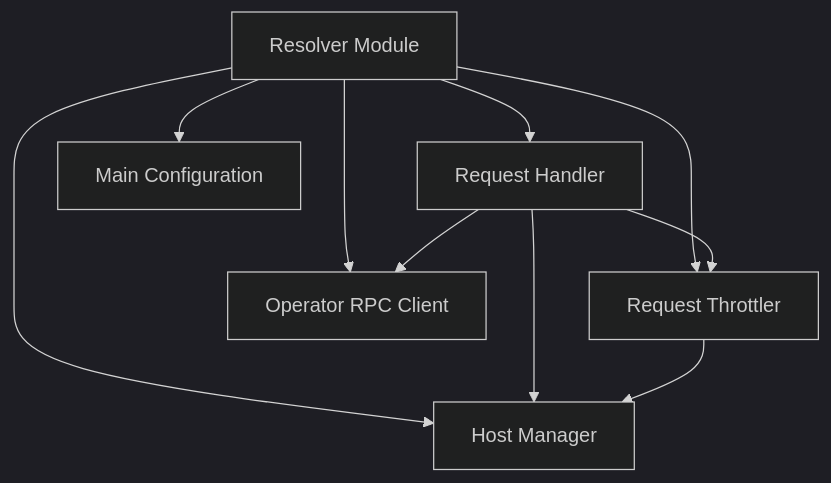
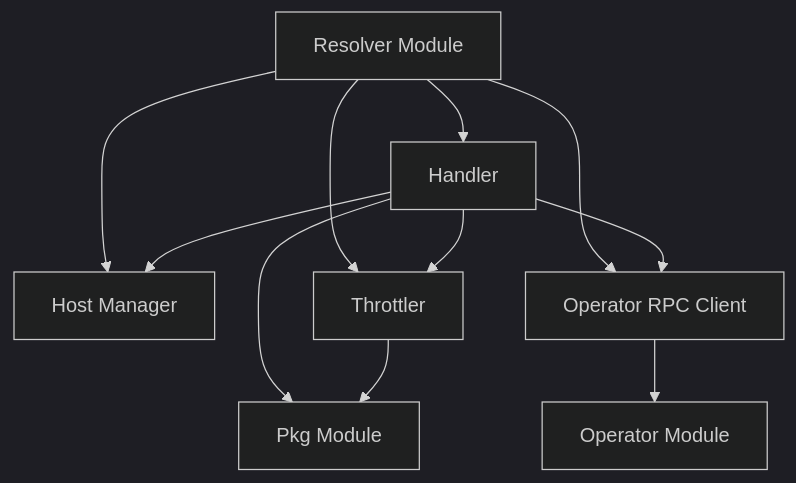
One commit to ShreyasPatel031/CodeWiki changed the diagram in demo/repos/KubeElasti/resolver.md. Above: the diagram before and after it, drawn with Mermaid (dark theme). The commit also changed other lines of this file and 55 other files, not shown here.

````diff
--- a/demo/repos/KubeElasti/resolver.md
+++ b/demo/repos/KubeElasti/resolver.md
@@ -8,27 +9,29 @@
 ```mermaid
 graph TD
     resolver[Resolver Module]
-    handler[Request Handler]
-    throttler[Request Throttler]
-    operator_client[Operator RPC Client]
-    host_manager[Host Manager]
-    main_config[Main Configuration]
+    handler[Handler]
+    hostmanager[Host Manager]
+    throttler[Throttler]
+    operator_rpc[Operator RPC Client]
+    pkg[Pkg Module]
+    operator_top[Operator Module]
 
     resolver --> handler
+    resolver --> hostmanager
     resolver --> throttler
-    resolver --> operator_client
-    resolver --> host_manager
-    resolver --> main_config
+    resolver --> operator_rpc
 
+    handler --> hostmanager
     handler --> throttler
-    handler --> operator_client
-    handler --> host_manager
+    handler --> operator_rpc
+    handler --> pkg
+    throttler --> pkg
+    operator_rpc --> operator_top
 
-    throttler --> host_manager
-
-    click handler "handler.md" "View Request Handler Documentation"
-    click throttler "throttler.md" "View Request Throttler Documentation"
-    click operator_client "operator_client.md" "View Operator RPC Client Documentation"
-    click host_manager "host_manager.md" "View Host Manager Documentation"
-    click main_config "main_config.md" "View Main Configuration Documentation"
+    click handler "handler.md" "View Handler Module"
+    click hostmanager "hostmanager.md" "View Host Manager Module"
+    click throttler "throttler.md" "View Throttler Module"
+    click operator_rpc "operator.md" "View Operator RPC Module"
+    click pkg "pkg.md" "View Pkg Module Documentation"
+    click operator_top "operator.md" "View Operator Module Documentation"
 ```
````
